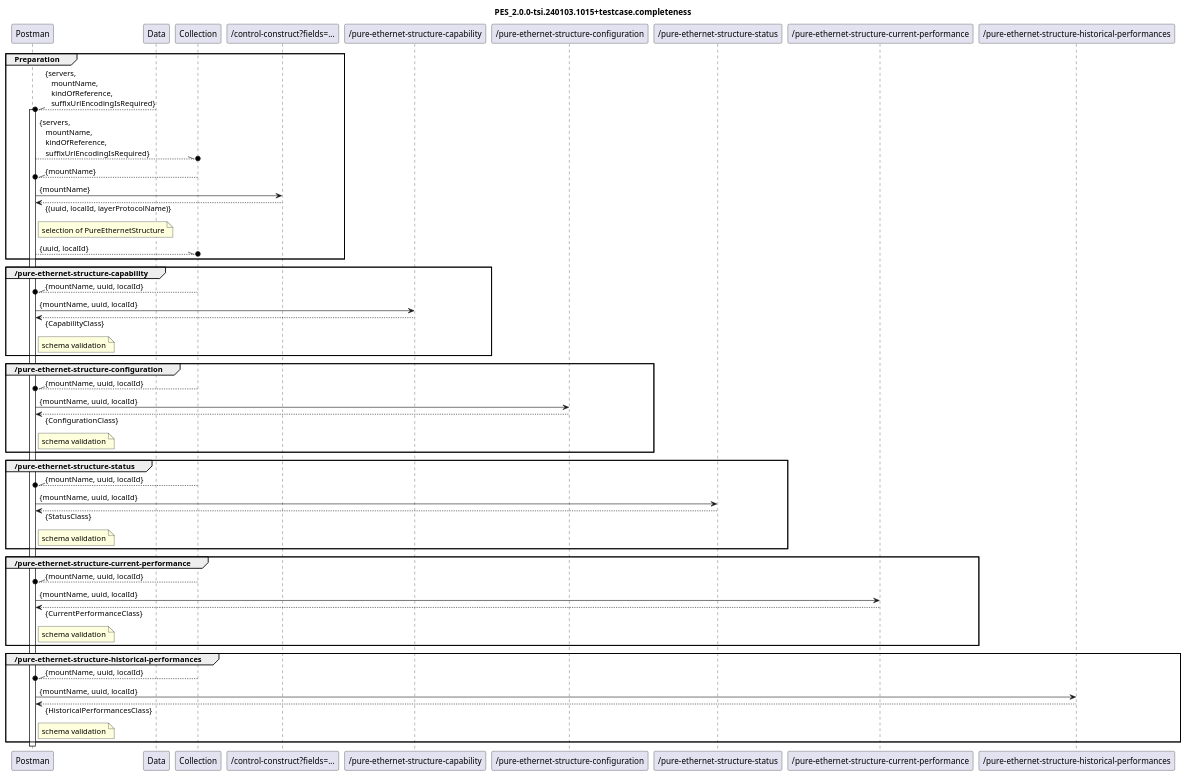
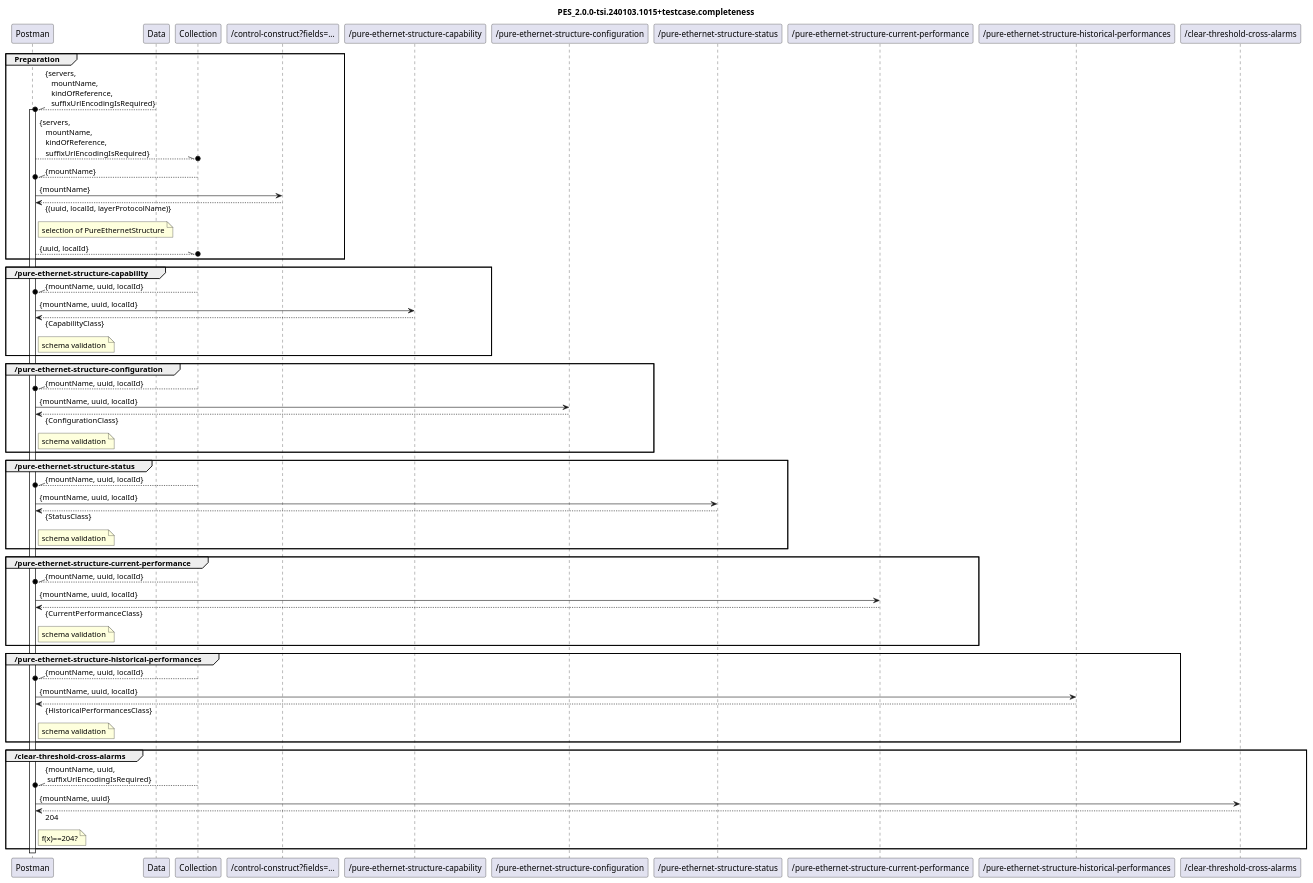
The diagram in PES_2.0.0-tsi.240103.1015+vali/Completeness/PES_2.0.0-tsi.240103.1015+diagram.completeness.plantuml (openBackhaul/pureEthernetStructure), drawn with PlantUML before and after one commit. The commit also changed 1 other file, not shown here.

Commit message:
Add RPC to diagram

```diff
--- a/PES_2.0.0-tsi.240103.1015+vali/Completeness/PES_2.0.0-tsi.240103.1015+diagram.completeness.plantuml
+++ b/PES_2.0.0-tsi.240103.1015+vali/Completeness/PES_2.0.0-tsi.240103.1015+diagram.completeness.plantuml
@@ -1,81 +1,91 @@
 @startuml PES_2.0.0-tsi.240103.1015+diagram.completeness
 skinparam responseMessageBelowArrow true
 
 title
 PES_2.0.0-tsi.240103.1015+testcase.completeness
 end title
 
 participant "Postman" as Postman
 participant "Data" as Data
 participant "Collection" as Collection
 
 participant "/control-construct?fields=..." as ListOfLTPUuidAndLidPairsAndNames
 
 participant "/pure-ethernet-structure-capability" as Capability
 participant "/pure-ethernet-structure-configuration" as Configuration
 participant "/pure-ethernet-structure-status" as Status
 participant "/pure-ethernet-structure-current-performance" as CurrentPerformance
 participant "/pure-ethernet-structure-historical-performances" as HistoricalPerformances
+participant "/clear-threshold-cross-alarms" as ClearThresholdCrossAlarms
 
 group Preparation
   Data --\\o Postman : {servers,\n   mountName,\n   kindOfReference,\n   suffixUrlEncodingIsRequired}
   activate Postman
   Postman --\\o Collection : {servers,\n   mountName,\n   kindOfReference,\n   suffixUrlEncodingIsRequired}
 
   Collection --\\o Postman : {mountName}
   Postman -> ListOfLTPUuidAndLidPairsAndNames : {mountName}
   Postman <-- ListOfLTPUuidAndLidPairsAndNames : {(uuid, localId, layerProtocolName)}
   note right Postman
     selection of PureEthernetStructure
   end note
   Postman --\\o Collection : {uuid, localId}
 end
 
 group /pure-ethernet-structure-capability
   Collection --\\o Postman : {mountName, uuid, localId}
   Postman -> Capability : {mountName, uuid, localId}
   Postman <-- Capability : {CapabilityClass}
   note right Postman
     schema validation
   end note
 end
 
 group /pure-ethernet-structure-configuration
   Collection --\\o Postman : {mountName, uuid, localId}
   Postman -> Configuration : {mountName, uuid, localId}
   Postman <-- Configuration : {ConfigurationClass}
   note right Postman
     schema validation
   end note
 end
 
 group /pure-ethernet-structure-status
   Collection --\\o Postman : {mountName, uuid, localId}
   Postman -> Status : {mountName, uuid, localId}
   Postman <-- Status : {StatusClass}
   note right Postman
     schema validation
   end note
 end
 
 group /pure-ethernet-structure-current-performance
   Collection --\\o Postman : {mountName, uuid, localId}
   Postman -> CurrentPerformance : {mountName, uuid, localId}
   Postman <-- CurrentPerformance : {CurrentPerformanceClass}
   note right Postman
     schema validation
   end note
 end
 
 group /pure-ethernet-structure-historical-performances
   Collection --\\o Postman : {mountName, uuid, localId}
   Postman -> HistoricalPerformances : {mountName, uuid, localId}
   Postman <-- HistoricalPerformances : {HistoricalPerformancesClass}
   note right Postman
     schema validation
   end note
 end
 
+group /clear-threshold-cross-alarms
+  Collection --\\o Postman : {mountName, uuid, \n suffixUrlEncodingIsRequired}
+  Postman -> ClearThresholdCrossAlarms : {mountName, uuid}
+  Postman <-- ClearThresholdCrossAlarms : 204
+  note right Postman
+    f(x)==204?
+  end note
+end
+
 deactivate Postman
 
 @enduml
```
